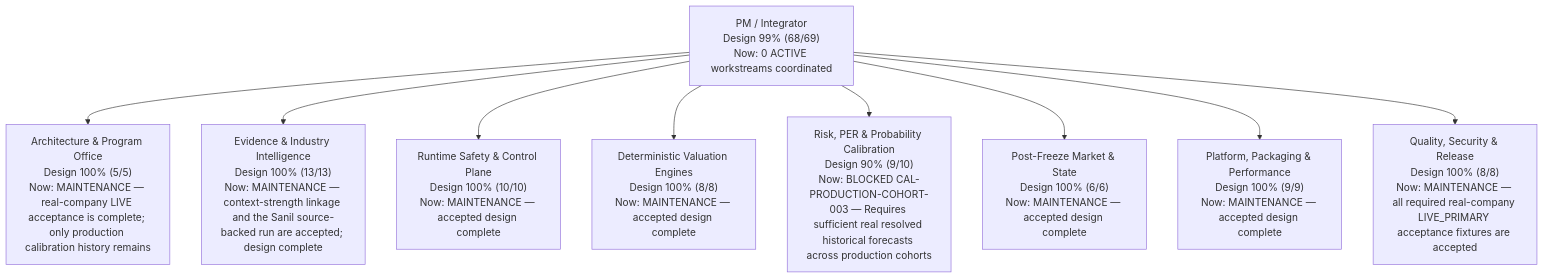
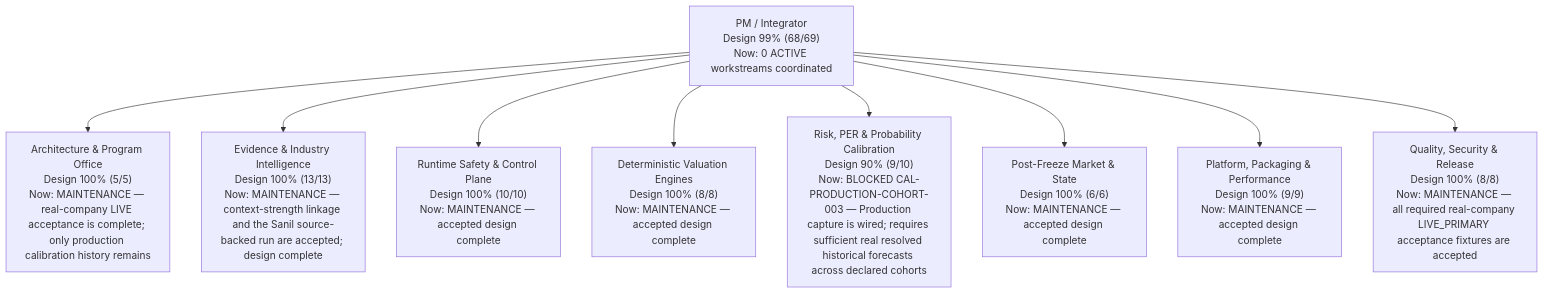
The diagram in PROJECT_STATUS.md (newwonwoo/valuation), drawn with Mermaid before and after one commit. The commit also changed other lines of this file and 34 other files, not shown here.

````diff
--- a/PROJECT_STATUS.md
+++ b/PROJECT_STATUS.md
@@ -24,12 +24,12 @@
 ```mermaid
 flowchart TB
   PM["PM / Integrator<br/>Design 99% (68/69)<br/>Now: 0 ACTIVE workstreams coordinated"]
   PM --> PMO["Architecture & Program Office<br/>Design 100% (5/5)<br/>Now: MAINTENANCE — real-company LIVE acceptance is complete; only production calibration history remains"]
   PM --> EVIDENCE["Evidence & Industry Intelligence<br/>Design 100% (13/13)<br/>Now: MAINTENANCE — context-strength linkage and the Sanil source-backed run are accepted; design complete"]
   PM --> RUNTIME["Runtime Safety & Control Plane<br/>Design 100% (10/10)<br/>Now: MAINTENANCE — accepted design complete"]
   PM --> VALUATION["Deterministic Valuation Engines<br/>Design 100% (8/8)<br/>Now: MAINTENANCE — accepted design complete"]
-  PM --> CALIBRATION["Risk, PER & Probability Calibration<br/>Design 90% (9/10)<br/>Now: BLOCKED CAL-PRODUCTION-COHORT-003 — Requires sufficient real resolved historical forecasts across production cohorts"]
+  PM --> CALIBRATION["Risk, PER & Probability Calibration<br/>Design 90% (9/10)<br/>Now: BLOCKED CAL-PRODUCTION-COHORT-003 — Production capture is wired; requires sufficient real resolved historical forecasts across declared cohorts"]
   PM --> POST_FREEZE["Post-Freeze Market & State<br/>Design 100% (6/6)<br/>Now: MAINTENANCE — accepted design complete"]
   PM --> PLATFORM["Platform, Packaging & Performance<br/>Design 100% (9/9)<br/>Now: MAINTENANCE — accepted design complete"]
   PM --> QA_RELEASE["Quality, Security & Release<br/>Design 100% (8/8)<br/>Now: MAINTENANCE — all required real-company LIVE_PRIMARY acceptance fixtures are accepted"]
 ```
````
